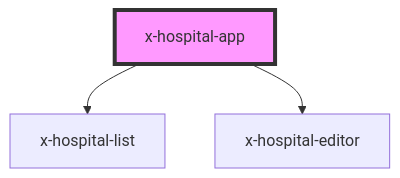
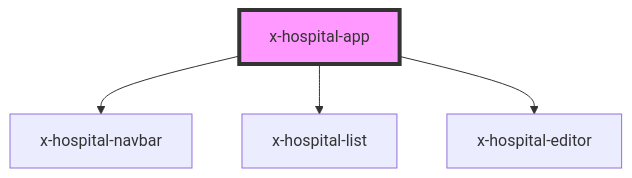
One commit to Serbel97/ambulance-xfe changed the diagram in src/components/x-hospital-app/readme.md. Above: the diagram before and after it, drawn with Mermaid. The commit also changed other lines of this file and 24 other files, not shown here.

````diff
--- a/src/components/x-hospital-app/readme.md
+++ b/src/components/x-hospital-app/readme.md
@@ -25,6 +26,7 @@
 ```mermaid
 graph TD;
+  x-hospital-app --> x-hospital-navbar
   x-hospital-app --> x-hospital-list
   x-hospital-app --> x-hospital-editor
   style x-hospital-app fill:#f9f,stroke:#333,stroke-width:4px
 ```
````
